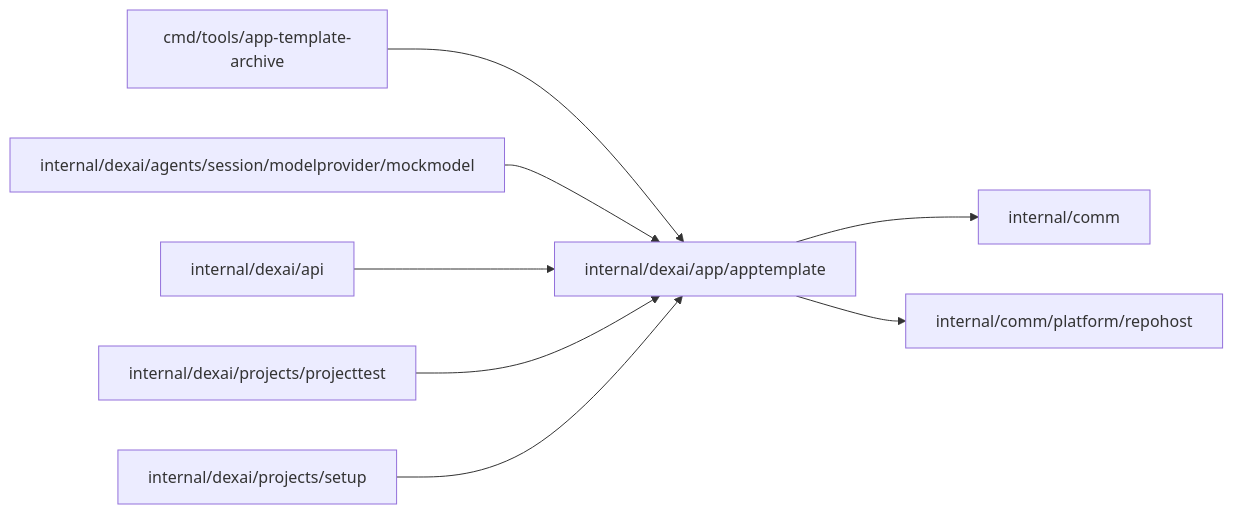
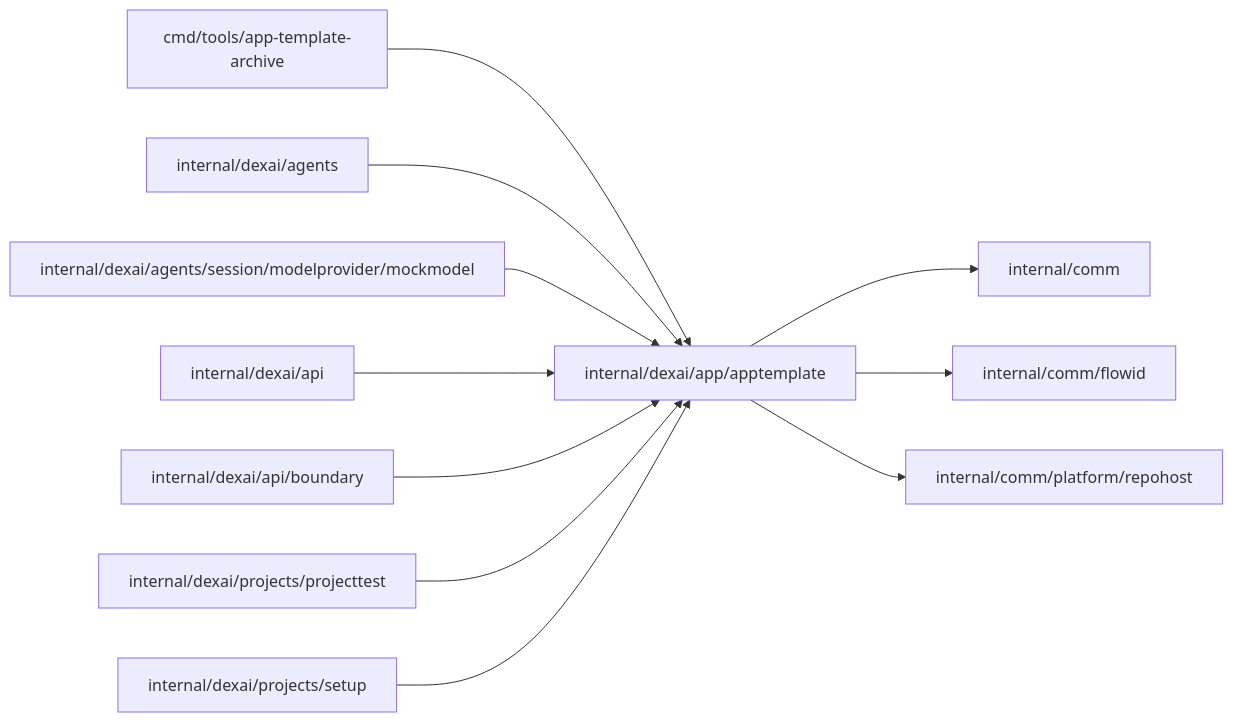
The diagram in internal/dexai/app/apptemplate/README.md (superdurable/superverse), drawn with Mermaid before and after one commit. The commit also changed other lines of this file and 167 other files, not shown here.

````diff
--- a/internal/dexai/app/apptemplate/README.md
+++ b/internal/dexai/app/apptemplate/README.md
@@ -10,11 +10,14 @@
 ```mermaid
 flowchart LR
   self["internal/dexai/app/apptemplate"]
   c0["cmd/tools/app-template-archive"] --> self
-  c1["internal/dexai/agents/session/modelprovider/mockmodel"] --> self
-  c2["internal/dexai/api"] --> self
-  c3["internal/dexai/projects/projecttest"] --> self
-  c4["internal/dexai/projects/setup"] --> self
+  c1["internal/dexai/agents"] --> self
+  c2["internal/dexai/agents/session/modelprovider/mockmodel"] --> self
+  c3["internal/dexai/api"] --> self
+  c4["internal/dexai/api/boundary"] --> self
+  c5["internal/dexai/projects/projecttest"] --> self
+  c6["internal/dexai/projects/setup"] --> self
   self --> d0["internal/comm"]
-  self --> d1["internal/comm/platform/repohost"]
+  self --> d1["internal/comm/flowid"]
+  self --> d2["internal/comm/platform/repohost"]
 ```
````
